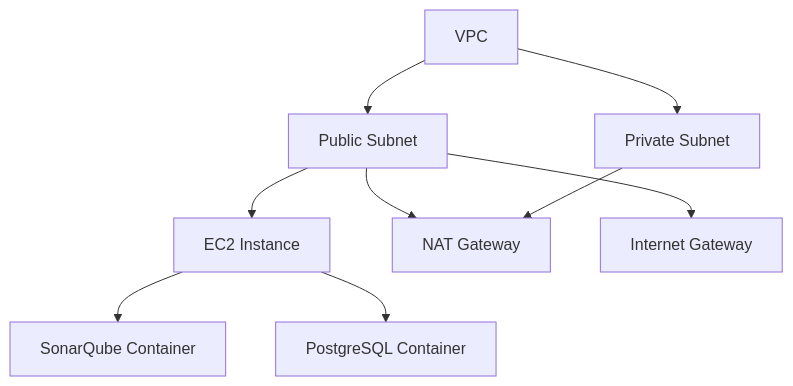
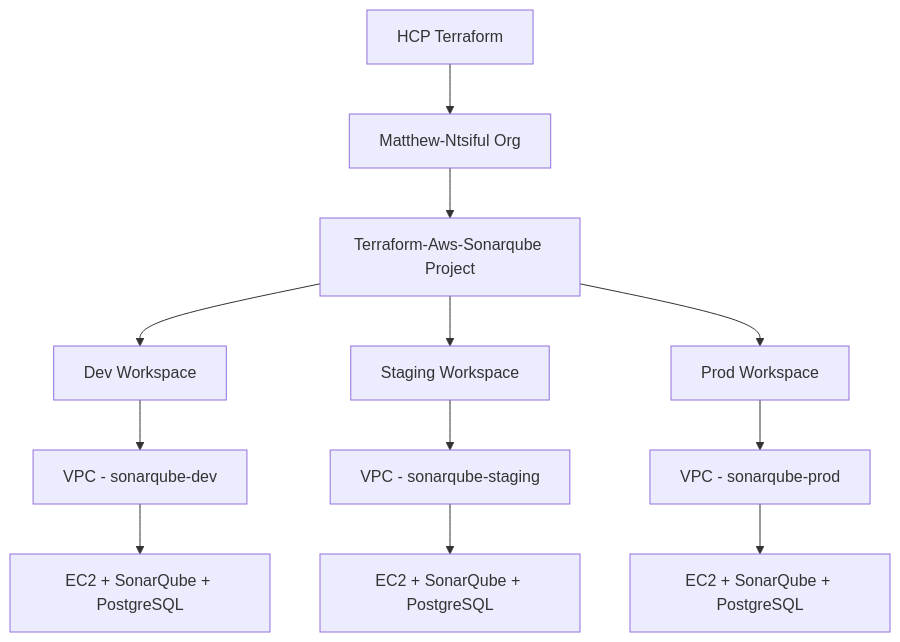
The diagram in README.md (matthewntsiful/terraform-aws-sonarqube), drawn with Mermaid before and after one commit. The commit also changed other lines of this file and 2 other files, not shown here.

````diff
--- a/README.md
+++ b/README.md
@@ -21,11 +15,16 @@
 ```mermaid
 graph TD
-    A[VPC] --> B[Public Subnet]
-    A --> C[Private Subnet]
-    B --> D[EC2 Instance]
-    D --> E[SonarQube Container]
-    D --> F[PostgreSQL Container]
-    B --> G[NAT Gateway]
-    B --> H[Internet Gateway]
-    C --> G
+    A[HCP Terraform] --> B[Matthew-Ntsiful Org]
+    B --> C[Terraform-Aws-Sonarqube Project]
+    C --> D[Dev Workspace]
+    C --> E[Staging Workspace]
+    C --> F[Prod Workspace]
+    
+    D --> G[VPC - sonarqube-dev]
+    E --> H[VPC - sonarqube-staging]
+    F --> I[VPC - sonarqube-prod]
+    
+    G --> J[EC2 + SonarQube + PostgreSQL]
+    H --> K[EC2 + SonarQube + PostgreSQL]
+    I --> L[EC2 + SonarQube + PostgreSQL]
 ```
````
